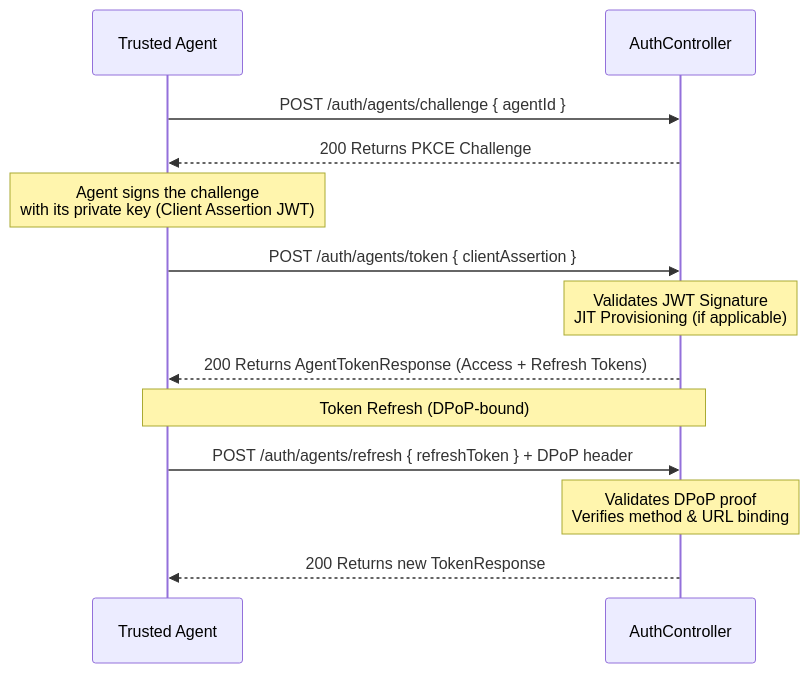
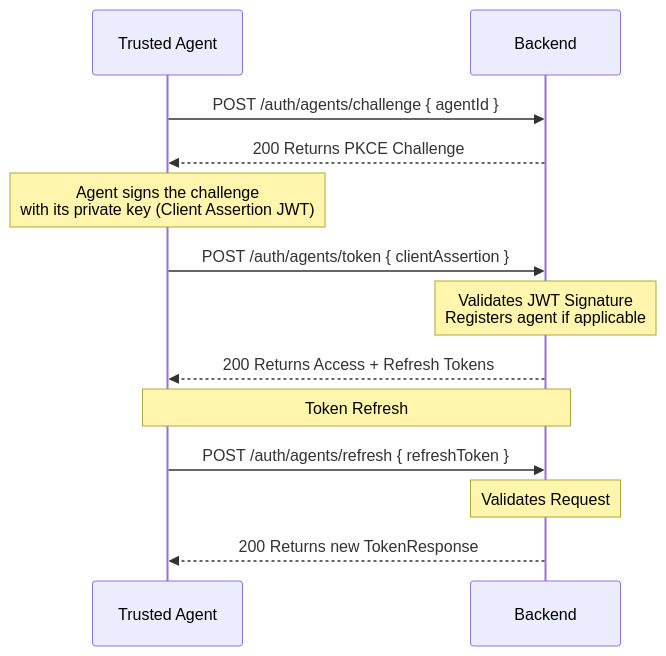
The third of 3 diagrams in docs/authentication.md (giovannibaratta/approvio), drawn with Mermaid before and after one commit. The commit also changed other lines of this file and 11 other files, not shown here.

````diff
--- a/docs/authentication.md
+++ b/docs/authentication.md
@@ -152,17 +156,17 @@
 ```mermaid
 sequenceDiagram
     participant M as Trusted Agent
-    participant A as AuthController
+    participant A as Backend
 
     M->>A: POST /auth/agents/challenge { agentId }
     A-->>M: 200 Returns PKCE Challenge
     Note over M: Agent signs the challenge <br/> with its private key (Client Assertion JWT)
     M->>A: POST /auth/agents/token { clientAssertion }
-    Note over A: Validates JWT Signature <br/> JIT Provisioning (if applicable)
-    A-->>M: 200 Returns AgentTokenResponse (Access + Refresh Tokens)
+    Note over A: Validates JWT Signature <br/> Registers agent if applicable
+    A-->>M: 200 Returns Access + Refresh Tokens
 
-    Note over M,A: Token Refresh (DPoP-bound)
-    M->>A: POST /auth/agents/refresh { refreshToken } + DPoP header
-    Note over A: Validates DPoP proof <br/> Verifies method & URL binding
+    Note over M,A: Token Refresh
+    M->>A: POST /auth/agents/refresh { refreshToken }
+    Note over A: Validates Request
     A-->>M: 200 Returns new TokenResponse
 ```
````
